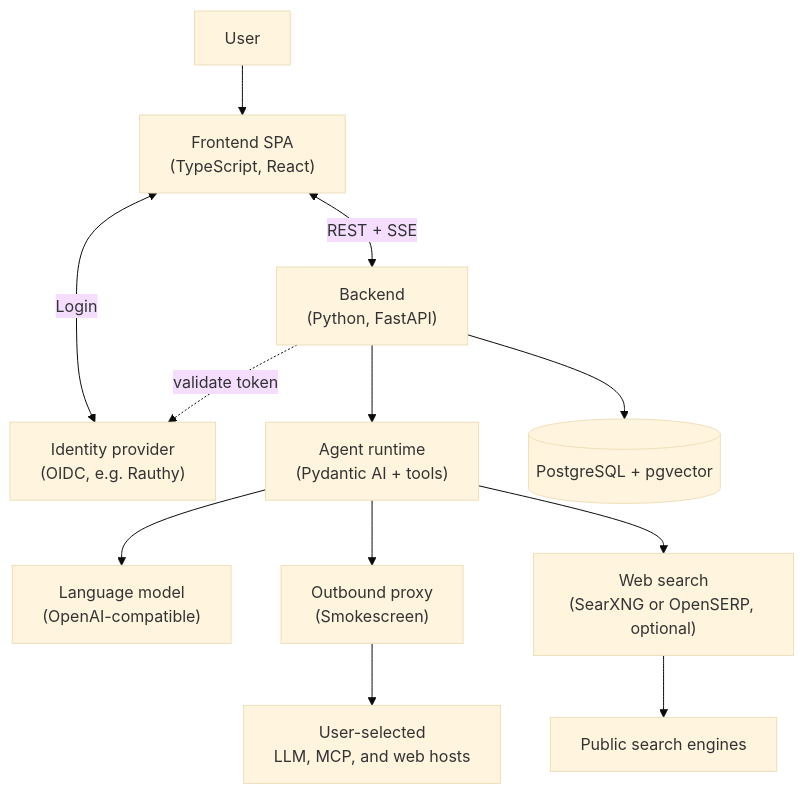
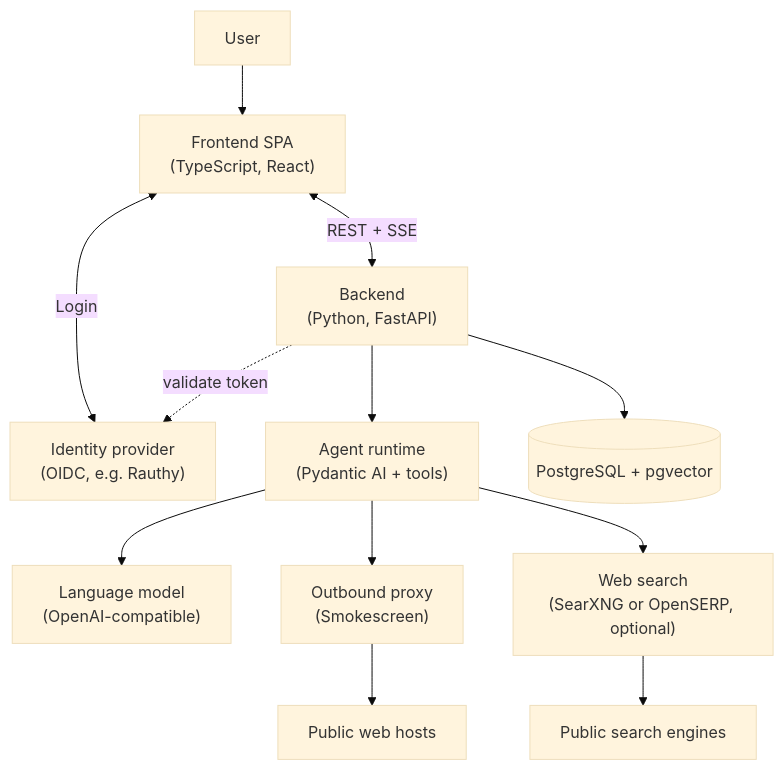
Before and after one commit to dfki-ebls/hivegent: the diagram in docs/src/en/architecture.md, drawn with Mermaid (base theme). The commit also changed other lines of this file and 22 other files, not shown here.

Commit message:
docs: document subagents, plugins, rate limits, audiences, upgrading, and roadmap

````diff
--- a/docs/src/en/architecture.md
+++ b/docs/src/en/architecture.md
@@ -6,26 +6,26 @@
 ```mermaid
 flowchart TD
     user[User]
     browser["Frontend SPA<br/>(TypeScript, React)"]
     oidc["Identity provider<br/>(OIDC, e.g. Rauthy)"]
     backend["Backend<br/>(Python, FastAPI)"]
     agent["Agent runtime<br/>(Pydantic AI + tools)"]
     db[("PostgreSQL + pgvector")]
     llm["Language model<br/>(OpenAI-compatible)"]
     search["Web search<br/>(SearXNG or OpenSERP, optional)"]
     egress["Outbound proxy<br/>(Smokescreen)"]
-    external["User-selected<br/>LLM, MCP, and web hosts"]
+    external["Public web hosts"]
     engines["Public search engines"]
 
     user --> browser
     browser <-->|Login| oidc
     browser <-->|REST + SSE| backend
     backend -.->|validate token| oidc
     backend --> agent
     agent --> llm
     agent --> egress
     agent --> search
     search --> engines
     egress --> external
     backend --> db
 ```
````
